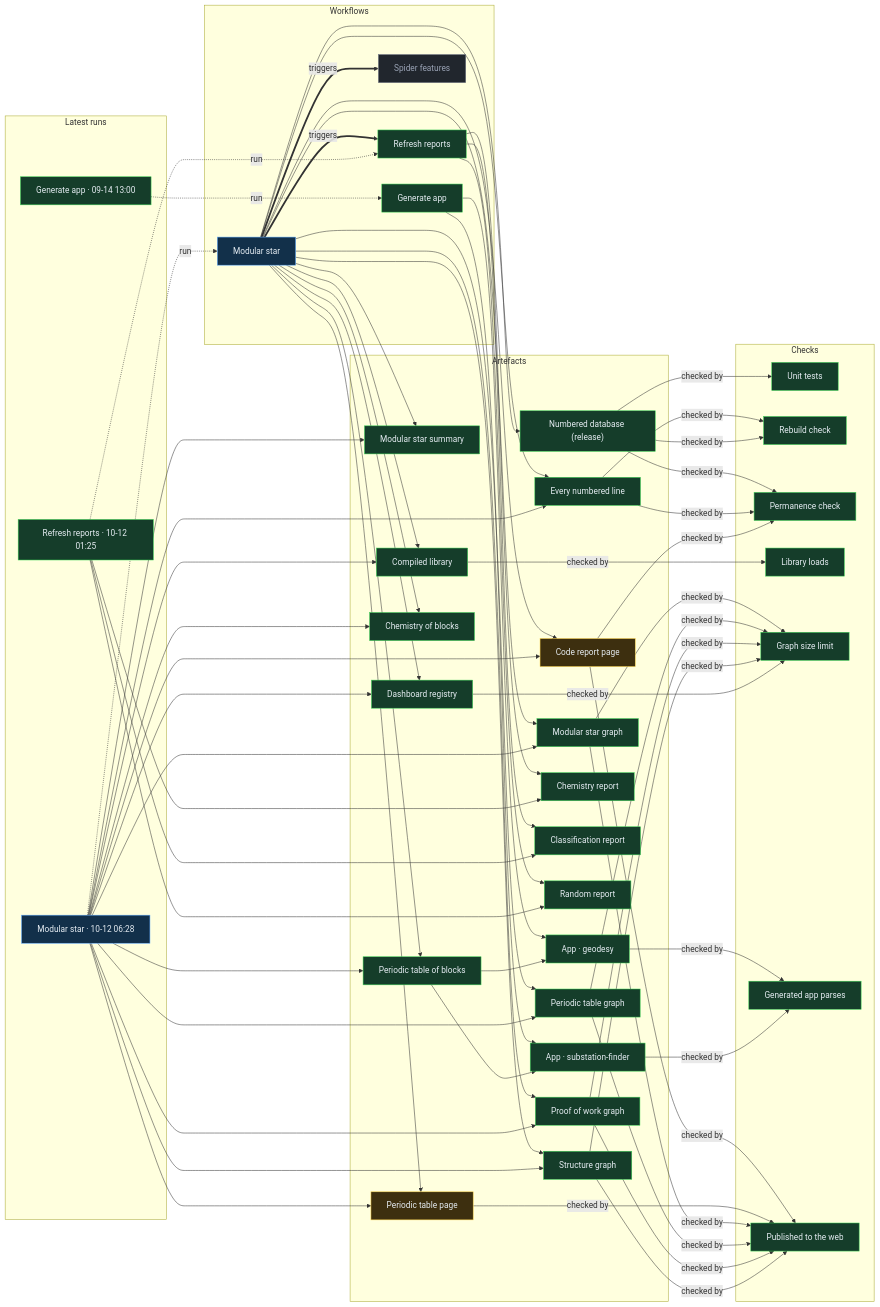
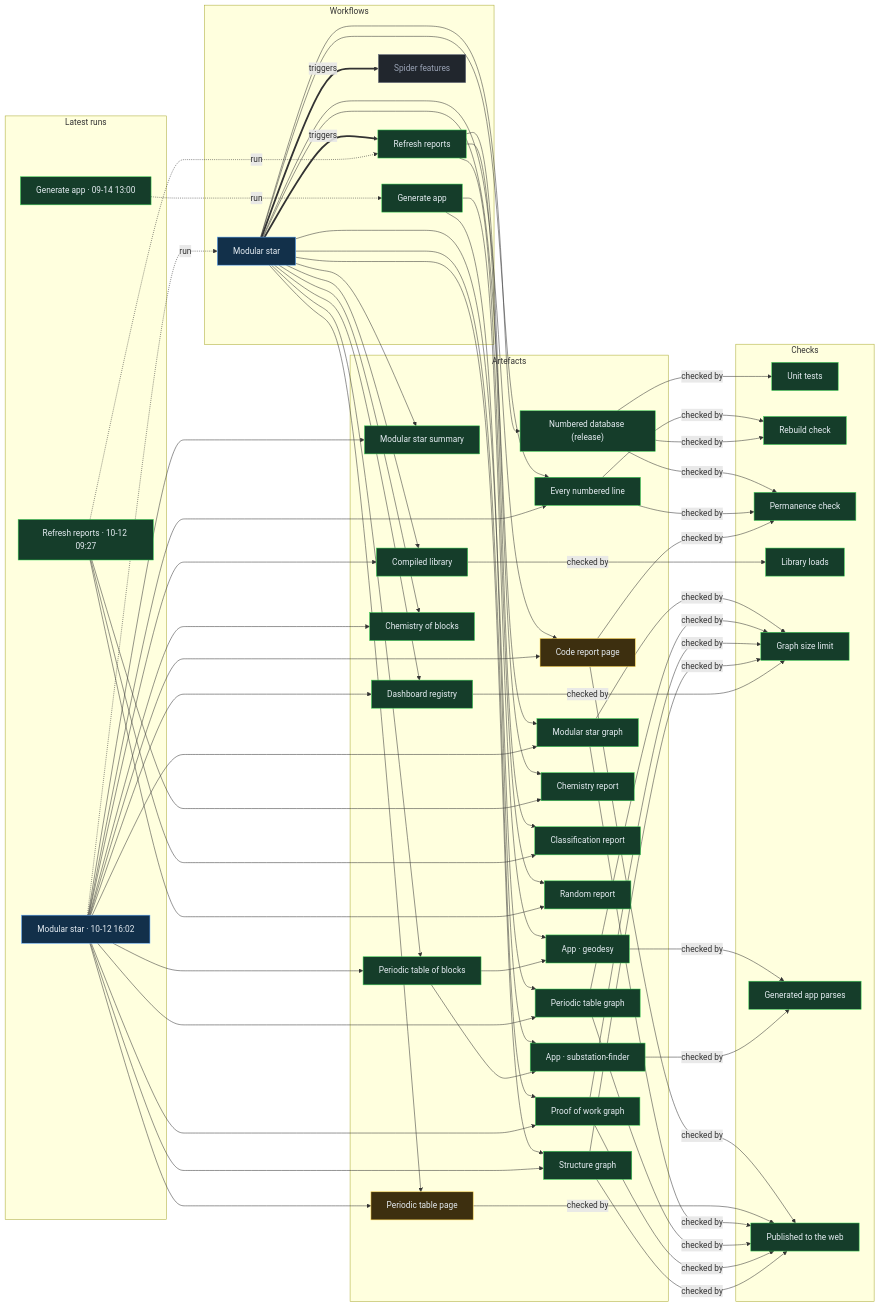
The diagram in proof/PROOF.md (Ventusltd/stars), drawn with Mermaid before and after one commit. The commit also changed other lines of this file and 48 other files, not shown here.

Commit message:
Modular star 2026-10-12T16:05Z

```diff
--- a/proof/PROOF.md
+++ b/proof/PROOF.md
@@ -24,8 +24,8 @@
   n_wf_spider_features["Spider features"]:::off
   end
   subgraph g_runs["Latest runs"]
-  n_run_38212652795["Modular star · 10-12 06:28"]:::live
-  n_run_38191860295["Refresh reports · 10-12 01:25"]:::ok
+  n_run_38274598900["Modular star · 10-12 16:02"]:::live
+  n_run_38230027845["Refresh reports · 10-12 09:27"]:::ok
   n_run_34846587798["Generate app · 09-14 13:00"]:::ok
   end
   subgraph g_artefacts["Artefacts"]
@@ -59,39 +59,39 @@
   end
   n_wf_modular_star == triggers ==> n_wf_refresh
   n_wf_modular_star == triggers ==> n_wf_spider_features
-  n_run_38212652795 -. run .-> n_wf_modular_star
-  n_run_38191860295 -. run .-> n_wf_refresh
+  n_run_38274598900 -. run .-> n_wf_modular_star
+  n_run_38230027845 -. run .-> n_wf_refresh
   n_run_34846587798 -. run .-> n_wf_generate
   n_wf_modular_star --> n_art_summary
-  n_run_38212652795 --> n_art_summary
+  n_run_38274598900 --> n_art_summary
   n_wf_modular_star --> n_art_lines
-  n_run_38212652795 --> n_art_lines
+  n_run_38274598900 --> n_art_lines
   n_wf_modular_star --> n_art_code
-  n_run_38212652795 --> n_art_code
+  n_run_38274598900 --> n_art_code
   n_wf_modular_star --> n_art_modular_graph
-  n_run_38212652795 --> n_art_modular_graph
+  n_run_38274598900 --> n_art_modular_graph
   n_wf_modular_star --> n_art_blocks
-  n_run_38212652795 --> n_art_blocks
+  n_run_38274598900 --> n_art_blocks
   n_wf_modular_star --> n_art_table
-  n_run_38212652795 --> n_art_table
+  n_run_38274598900 --> n_art_table
   n_wf_modular_star --> n_art_blocks_graph
-  n_run_38212652795 --> n_art_blocks_graph
+  n_run_38274598900 --> n_art_blocks_graph
   n_wf_modular_star --> n_art_reactions
-  n_run_38212652795 --> n_art_reactions
+  n_run_38274598900 --> n_art_reactions
   n_wf_modular_star --> n_art_library
-  n_run_38212652795 --> n_art_library
+  n_run_38274598900 --> n_art_library
   n_wf_modular_star --> n_art_features
-  n_run_38212652795 --> n_art_features
+  n_run_38274598900 --> n_art_features
   n_wf_modular_star --> n_art_proof
-  n_run_38212652795 --> n_art_proof
+  n_run_38274598900 --> n_art_proof
   n_wf_modular_star --> n_art_structure
-  n_run_38212652795 --> n_art_structure
+  n_run_38274598900 --> n_art_structure
   n_wf_refresh --> n_art_chemistry
-  n_run_38191860295 --> n_art_chemistry
+  n_run_38230027845 --> n_art_chemistry
   n_wf_refresh --> n_art_vedic
-  n_run_38191860295 --> n_art_vedic
+  n_run_38230027845 --> n_art_vedic
   n_wf_refresh --> n_art_random
-  n_run_38191860295 --> n_art_random
+  n_run_38230027845 --> n_art_random
   n_wf_modular_star --> n_art_release
   n_wf_generate --> n_app_geodesy
   n_art_blocks --> n_app_geodesy
```
